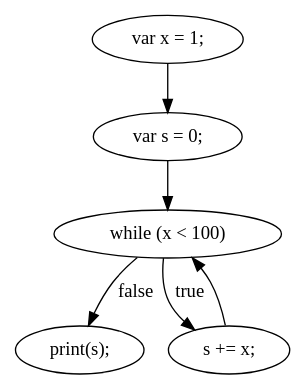
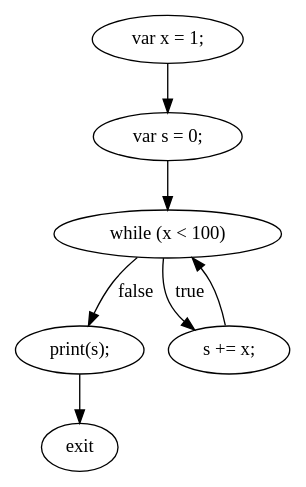
One commit to Shoreray/JsRetest changed the diagram in JsRetest/jsTests/dotFiles/testWhile.js.0.dot. Above: the diagram before and after it, drawn with Graphviz. The commit also changed 408 other files, not shown here.

```diff
--- a/JsRetest/jsTests/dotFiles/testWhile.js.0.dot
+++ b/JsRetest/jsTests/dotFiles/testWhile.js.0.dot
@@ -1,12 +1,14 @@
 digraph {
-"0" [label="var x = 1;\n"] 
-"1" [label="var s = 0;\n"] 
-"2" [label="while (x < 100) "] 
-"3" [label="print(s);\n"] 
+"0" [label="print(s);\n"] 
+"1" [label="while (x < 100) "] 
+"2" [label="exit"] 
+"3" [label="var x = 1;\n"] 
 "4" [label="s += x;\n"] 
-"0" -> "1" [label=""] 
-"1" -> "2" [label=""] 
-"2" -> "3" [label="false"] 
-"2" -> "4" [label="true"] 
-"4" -> "2" [label=""] 
+"5" [label="var s = 0;\n"] 
+"0" -> "2" [label=""] 
+"1" -> "0" [label="false"] 
+"1" -> "4" [label="true"] 
+"3" -> "5" [label=""] 
+"4" -> "1" [label=""] 
+"5" -> "1" [label=""] 
 }
```
